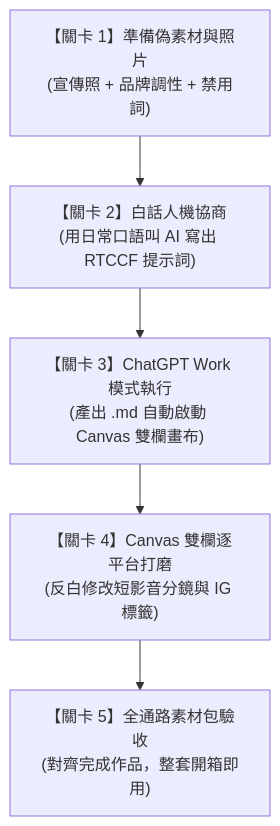
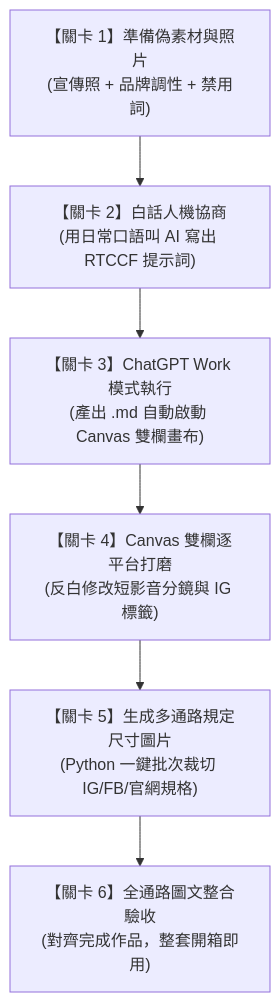
The diagram in 常見的AI應用/實戰範例/02_社群行銷素材多格式產出/README.md (roberthsu2003/workflow-productivity), drawn with Mermaid before and after one commit. The commit also changed other lines of this file and 5 other files, not shown here.

````diff
--- a/常見的AI應用/實戰範例/02_社群行銷素材多格式產出/README.md
+++ b/常見的AI應用/實戰範例/02_社群行銷素材多格式產出/README.md
@@ -32,7 +35,8 @@
 ```mermaid
 flowchart TD
     S1["【關卡 1】準備偽素材與照片<br/>(宣傳照 + 品牌調性 + 禁用詞)"] --> S2["【關卡 2】白話人機協商<br/>(用日常口語叫 AI 寫出 RTCCF 提示詞)"]
     S2 --> S3["【關卡 3】ChatGPT Work 模式執行<br/>(產出 .md 自動啟動 Canvas 雙欄畫布)"]
     S3 --> S4["【關卡 4】Canvas 雙欄逐平台打磨<br/>(反白修改短影音分鏡與 IG 標籤)"]
-    S4 --> S5["【關卡 5】全通路素材包驗收<br/>(對齊完成作品，整套開箱即用)"]
+    S4 --> S5["【關卡 5】生成多通路規定尺寸圖片<br/>(Python 一鍵批次裁切 IG/FB/官網規格)"]
+    S5 --> S6["【關卡 6】全通路圖文整合驗收<br/>(對齊完成作品，整套開箱即用)"]
 ```
````
